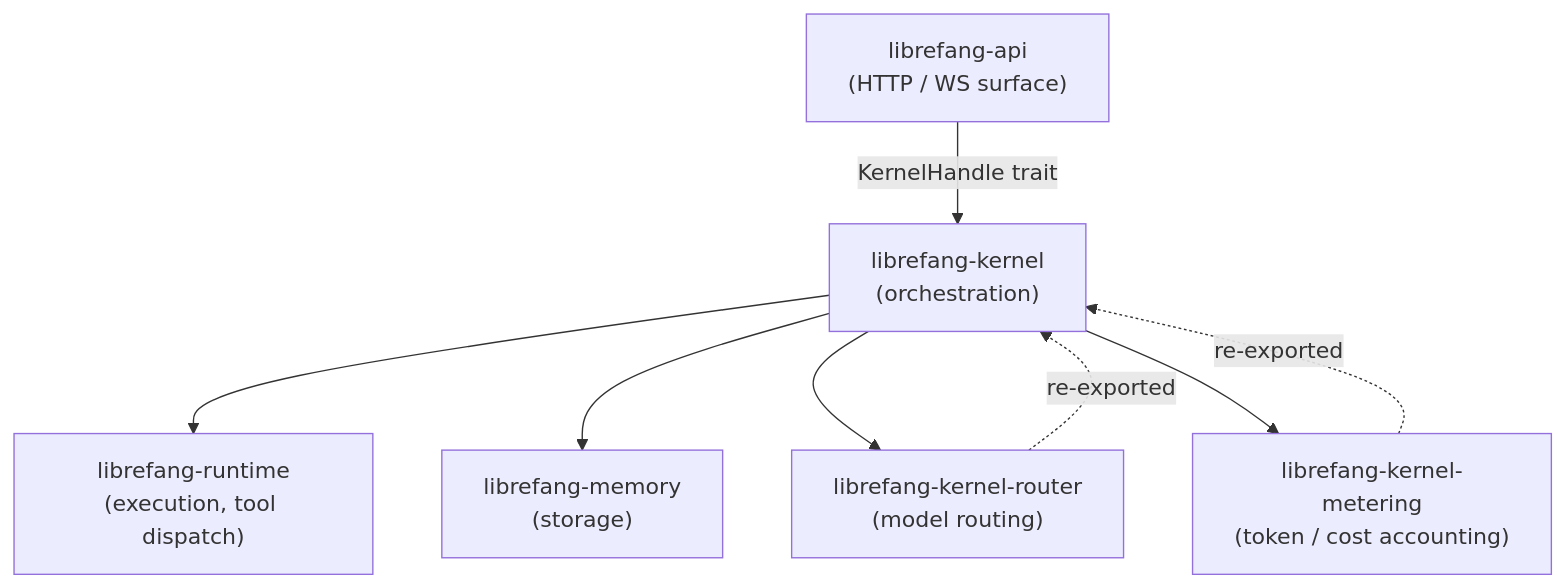
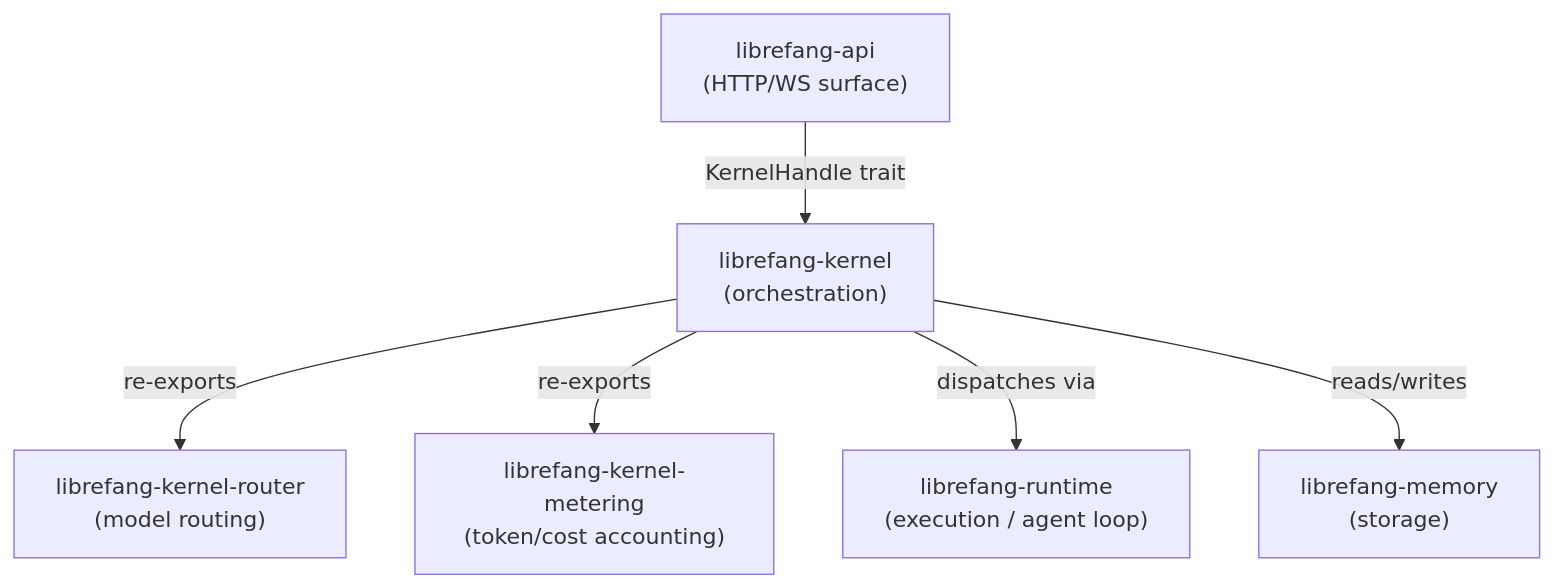
The diagram in other-librefang-kernel.md (leszek3737/librefang-WIki), drawn with Mermaid before and after one commit. The commit also changed other lines of this file and 110 other files, not shown here.

````diff
--- a/other-librefang-kernel.md
+++ b/other-librefang-kernel.md
@@ -9,17 +9,15 @@
 ```mermaid
 graph TD
-    API["librefang-api<br/>(HTTP / WS surface)"]
-    KERNEL["librefang-kernel<br/>(orchestration)"]
-    RUNTIME["librefang-runtime<br/>(execution, tool dispatch)"]
-    MEMORY["librefang-memory<br/>(storage)"]
+    API["librefang-api<br/>(HTTP/WS surface)"]
+    K["librefang-kernel<br/>(orchestration)"]
+    RT["librefang-runtime<br/>(execution / agent loop)"]
+    MEM["librefang-memory<br/>(storage)"]
     ROUTER["librefang-kernel-router<br/>(model routing)"]
-    METERING["librefang-kernel-metering<br/>(token / cost accounting)"]
+    METER["librefang-kernel-metering<br/>(token/cost accounting)"]
 
-    API -->|KernelHandle trait| KERNEL
-    KERNEL --> RUNTIME
-    KERNEL --> MEMORY
-    KERNEL --> ROUTER
-    KERNEL --> METERING
-    ROUTER -.->|re-exported| KERNEL
-    METERING -.->|re-exported| KERNEL
+    API -->|"KernelHandle trait"| K
+    K -->|re-exports| ROUTER
+    K -->|re-exports| METER
+    K -->|dispatches via| RT
+    K -->|reads/writes| MEM
 ```
````
